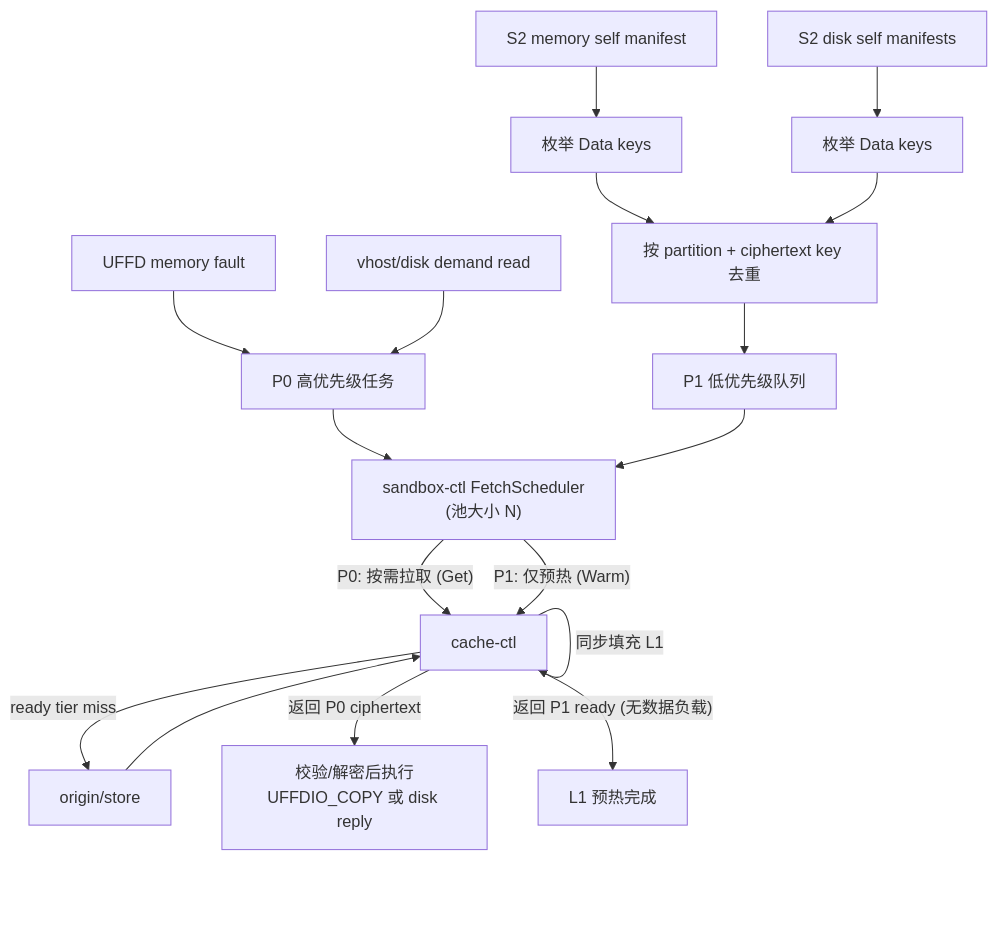
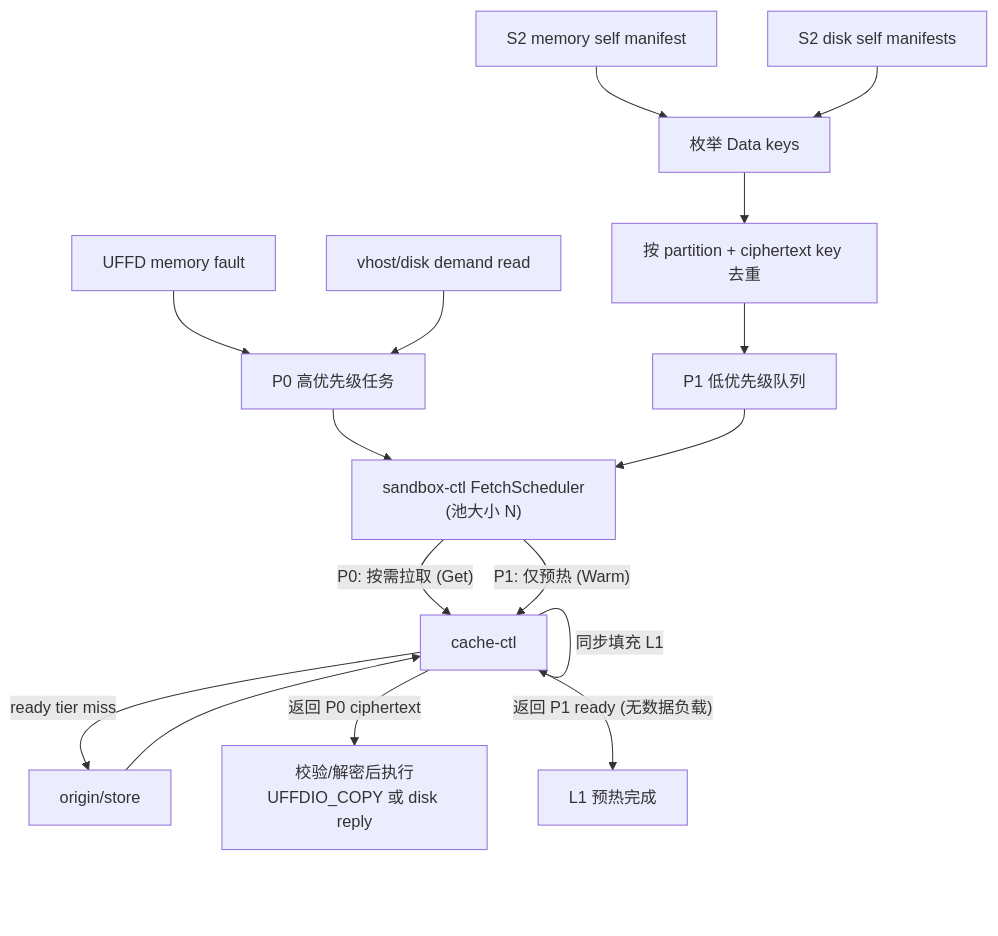
The second of 2 diagrams in docs/s2-hot-chunk-priority-prefetch-proposal.md (novahe/semerge), drawn with Mermaid before and after one commit.

Commit message:
docs: merge Enumerate Data keys nodes in diagram

````diff
--- a/docs/s2-hot-chunk-priority-prefetch-proposal.md
+++ b/docs/s2-hot-chunk-priority-prefetch-proposal.md
@@ -116,21 +116,20 @@
 ```mermaid
 flowchart TD
-    SM["S2 memory self manifest"] --> EM["枚举 Data keys"]
-    SD["S2 disk self manifests"] --> ED["枚举 Data keys"]
-    EM --> K["按 partition + ciphertext key 去重"]
-    ED --> K
+    SM["S2 memory self manifest"] --> E["枚举 Data keys"]
+    SD["S2 disk self manifests"] --> E
+    E --> K["按 partition + ciphertext key 去重"]
     K --> P1Q["P1 低优先级队列"]
 
     U["UFFD memory fault"] --> P0["P0 高优先级任务"]
     D["vhost/disk demand read"] --> P0
     P0 --> SCH["sandbox-ctl FetchScheduler\n(池大小 N)"]
     P1Q --> SCH
 
     SCH -->|"P0: 按需拉取 (Get)"| CC["cache-ctl"]
     SCH -->|"P1: 仅预热 (Warm)"| CC
     CC -->|"ready tier miss"| ORIGIN["origin/store"]
     ORIGIN --> CC
     CC -->|"同步填充 L1"| CC
     CC -->|"返回 P0 ciphertext"| CONSUME["校验/解密后执行\nUFFDIO_COPY 或 disk reply"]
     CC -->|"返回 P1 ready (无数据负载)"| READY["L1 预热完成"]
 ```
````
